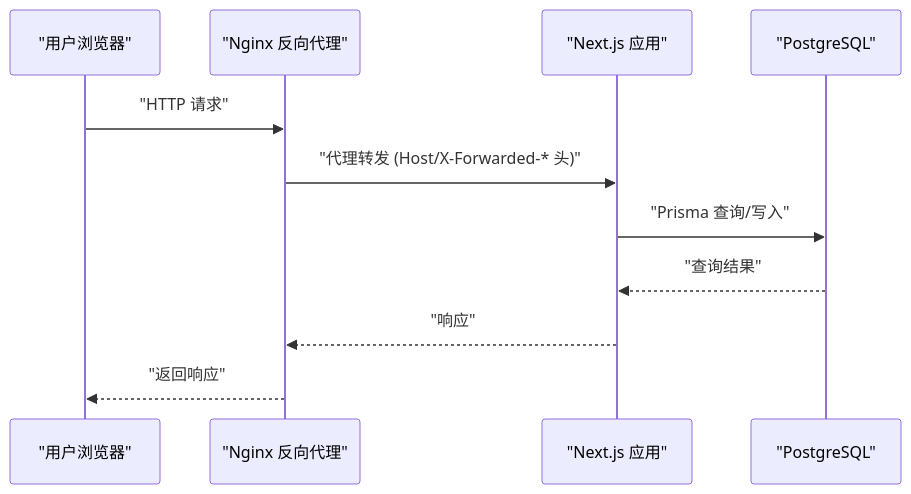
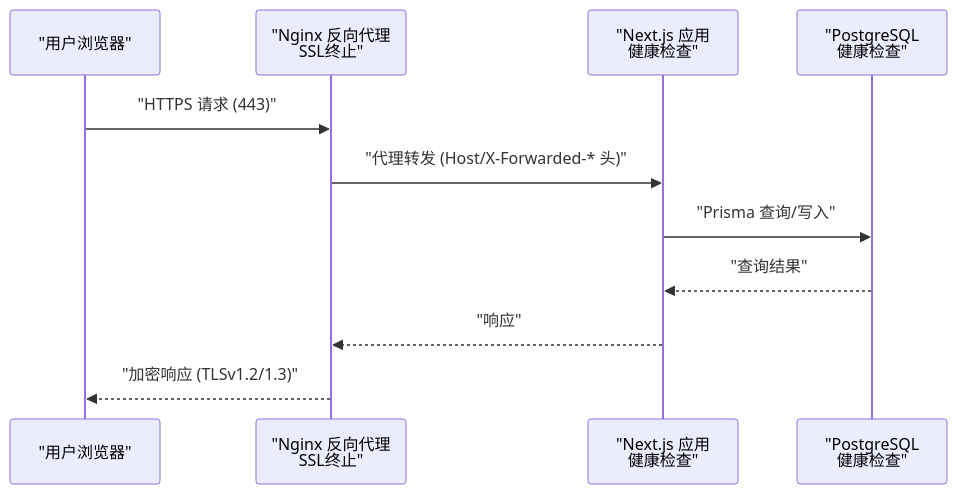
The second of 3 diagrams in .qoder/repowiki/zh/content/部署配置/部署配置.md (three3638-arch/celestia_2b), drawn with Mermaid before and after one commit. The commit also changed other lines of this file and 17 other files, not shown here.

````diff
--- a/.qoder/repowiki/zh/content/部署配置/部署配置.md
+++ b/.qoder/repowiki/zh/content/部署配置/部署配置.md
@@ -79,13 +93,13 @@
 ```mermaid
 sequenceDiagram
 participant U as "用户浏览器"
-participant N as "Nginx 反向代理"
-participant A as "Next.js 应用"
-participant P as "PostgreSQL"
-U->>N : "HTTP 请求"
+participant N as "Nginx 反向代理<br/>SSL终止"
+participant A as "Next.js 应用<br/>健康检查"
+participant P as "PostgreSQL<br/>健康检查"
+U->>N : "HTTPS 请求 (443)"
 N->>A : "代理转发 (Host/X-Forwarded-* 头)"
 A->>P : "Prisma 查询/写入"
 P-->>A : "查询结果"
 A-->>N : "响应"
-N-->>U : "返回响应"
+N-->>U : "加密响应 (TLSv1.2/1.3)"
 ```
````
